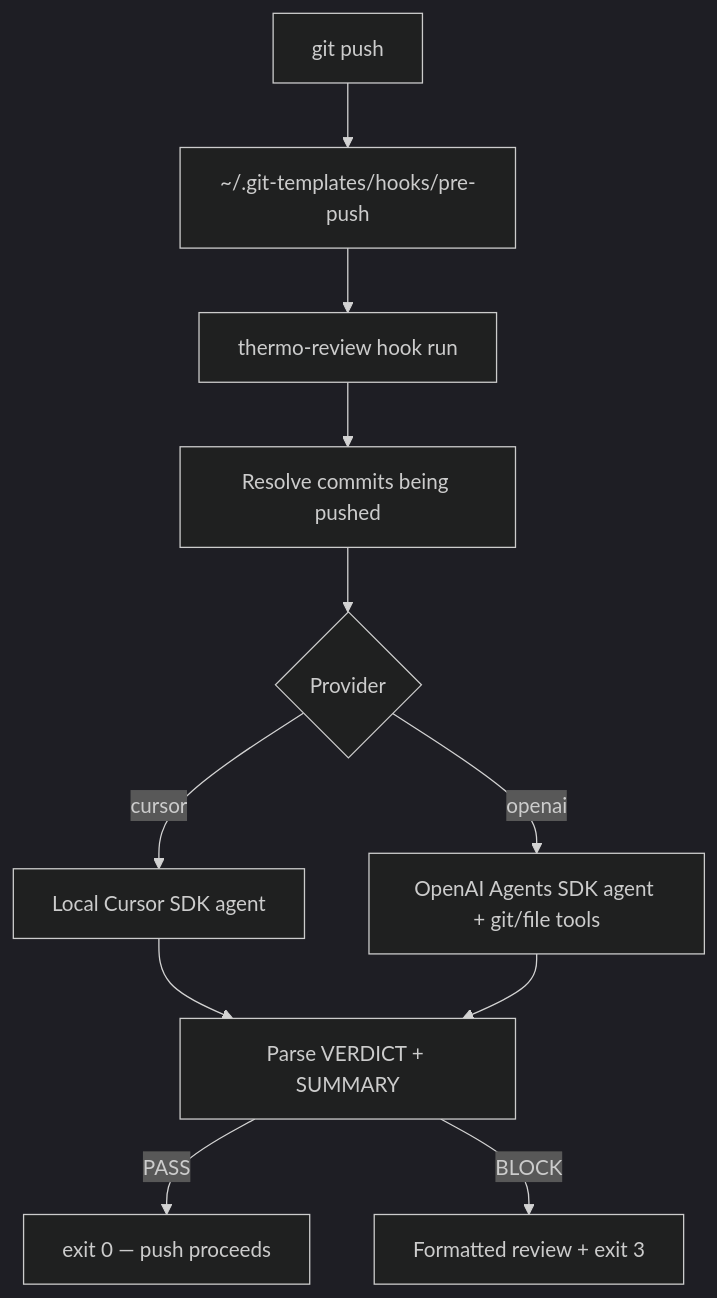
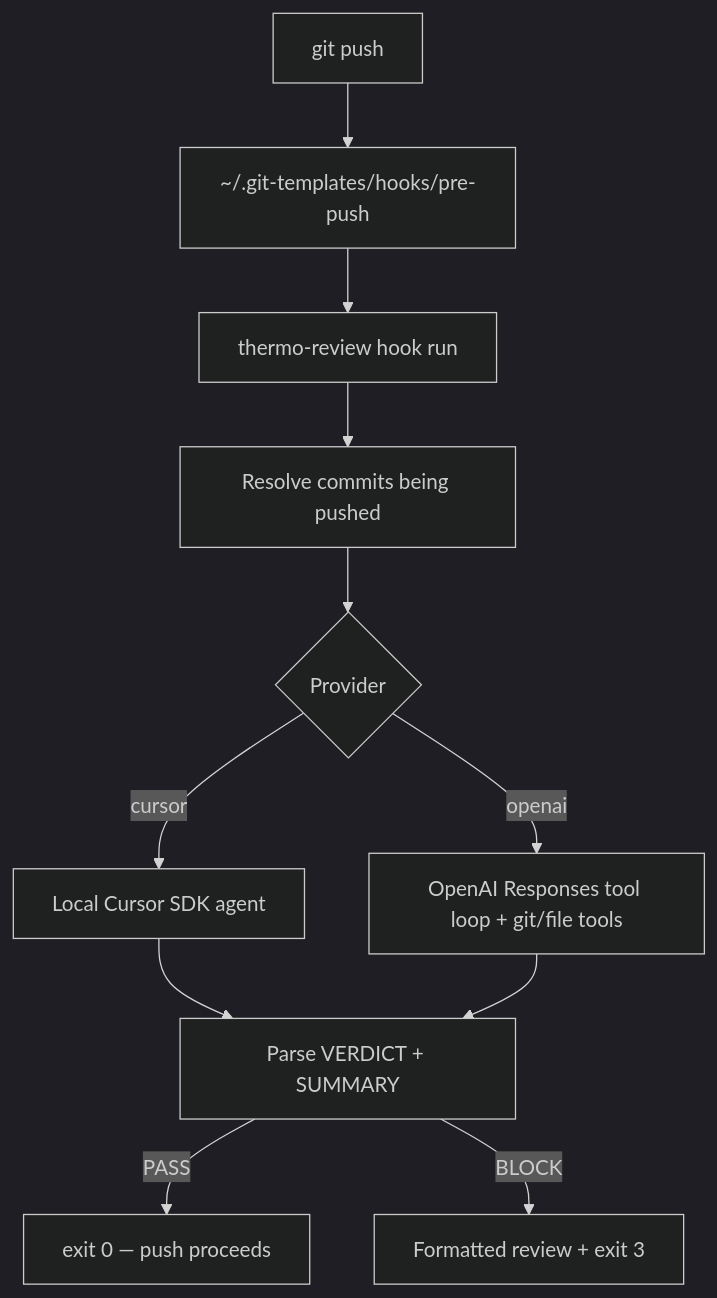
The diagram in README.md (ZNZ-systems/tnuk.dev), drawn with Mermaid (dark theme) before and after one commit. The commit also changed other lines of this file and 15 other files, not shown here.

Commit message:
add openAI agents sdk support with oauth v3

````diff
--- a/README.md
+++ b/README.md
@@ -34,13 +34,13 @@
 ```mermaid
 flowchart TD
   gitPush[git push] --> prePushHook["~/.git-templates/hooks/pre-push"]
   prePushHook --> cli["thermo-review hook run"]
   cli --> scope[Resolve commits being pushed]
   scope --> backend{Provider}
   backend -->|cursor| cur[Local Cursor SDK agent]
-  backend -->|openai| oai[OpenAI Agents SDK agent + git/file tools]
+  backend -->|openai| oai[OpenAI Responses tool loop + git/file tools]
   cur --> parse[Parse VERDICT + SUMMARY]
   oai --> parse
   parse -->|PASS| allow[exit 0 — push proceeds]
   parse -->|BLOCK| block[Formatted review + exit 3]
 ```
````
